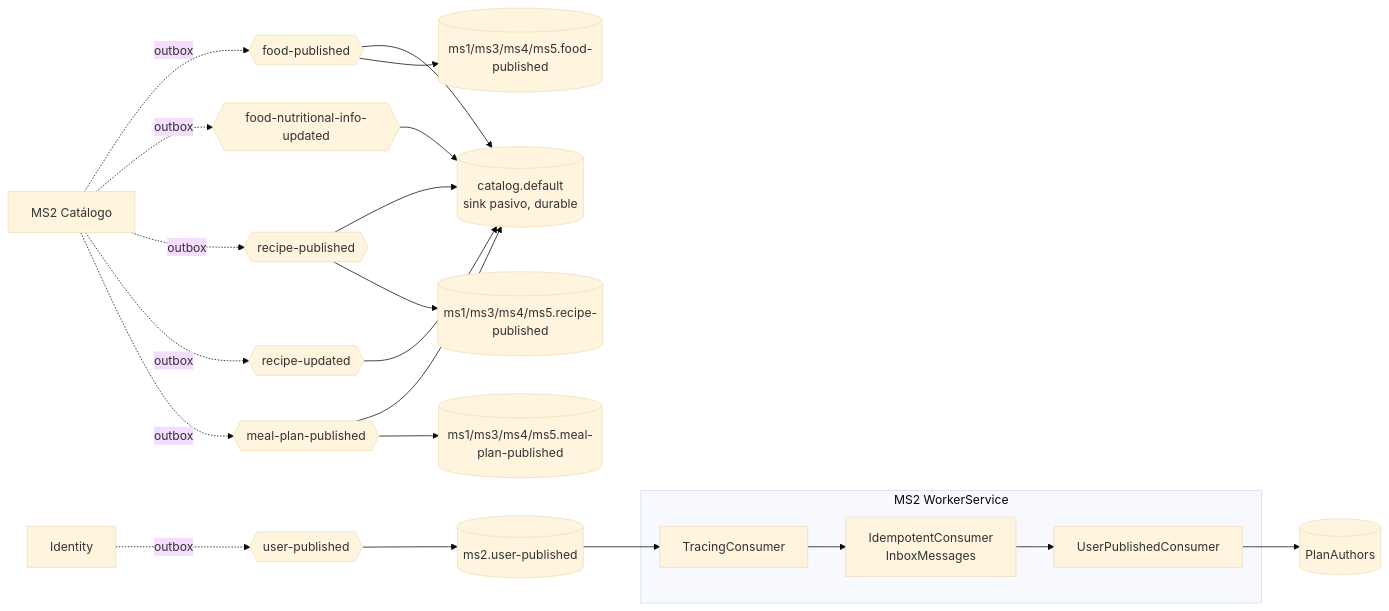
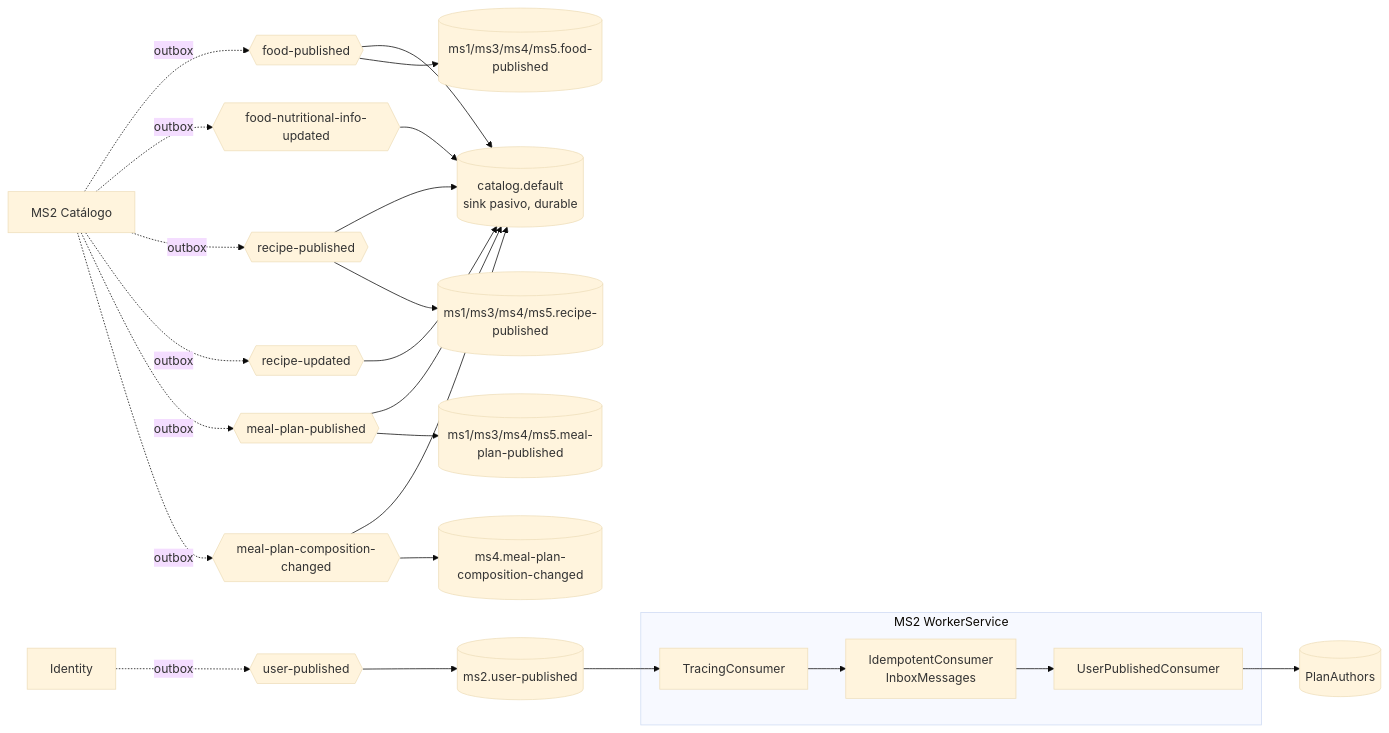
Before and after one commit to Nur-tricenter/knowledge: the diagram in services/ms2-catalog/messaging.md, drawn with Mermaid (base theme). The commit also changed other lines of this file and 43 other files, not shown here.

````diff
--- a/services/ms2-catalog/messaging.md
+++ b/services/ms2-catalog/messaging.md
@@ -77,21 +90,23 @@
 ```mermaid
 flowchart LR
   MS2[MS2 Catálogo] -. outbox .-> X1{{food-published}}
   MS2 -. outbox .-> X2{{food-nutritional-info-updated}}
   MS2 -. outbox .-> X3{{recipe-published}}
   MS2 -. outbox .-> X4{{recipe-updated}}
   MS2 -. outbox .-> X5{{meal-plan-published}}
-  X1 & X2 & X3 & X4 & X5 --> D[(catalog.default<br/>sink pasivo, durable)]
+  MS2 -. outbox .-> X6{{meal-plan-composition-changed}}
+  X1 & X2 & X3 & X4 & X5 & X6 --> D[(catalog.default<br/>sink pasivo, durable)]
   X1 --> Q1[(ms1/ms3/ms4/ms5.food-published)]
   X3 --> Q3[(ms1/ms3/ms4/ms5.recipe-published)]
   X5 --> Q5[(ms1/ms3/ms4/ms5.meal-plan-published)]
+  X6 --> Q6[(ms4.meal-plan-composition-changed)]
 
   ID[Identity] -. outbox .-> XU{{user-published}}
   XU --> Q2[(ms2.user-published)]
   subgraph W[MS2 WorkerService]
     T[TracingConsumer] --> I[IdempotentConsumer<br/>InboxMessages]
     I --> H[UserPublishedConsumer]
   end
   Q2 --> T
   H --> PA[(PlanAuthors)]
 ```
````
